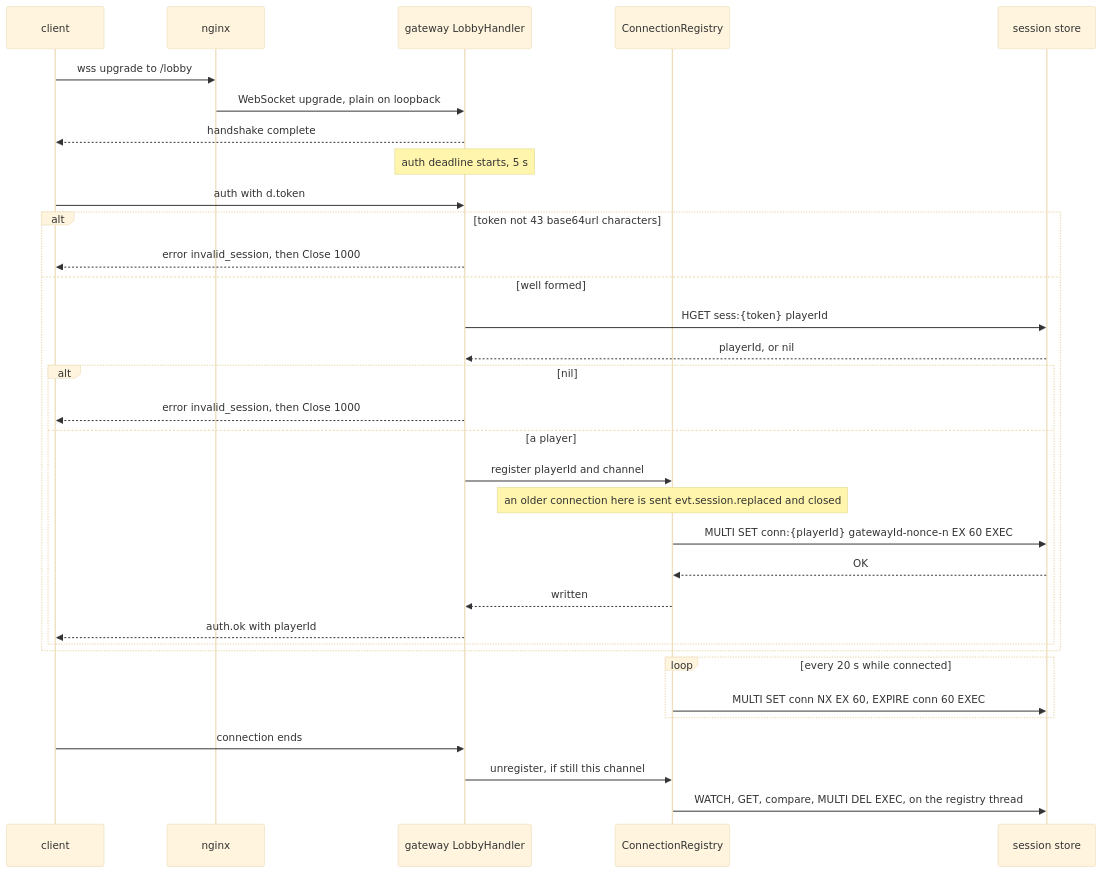
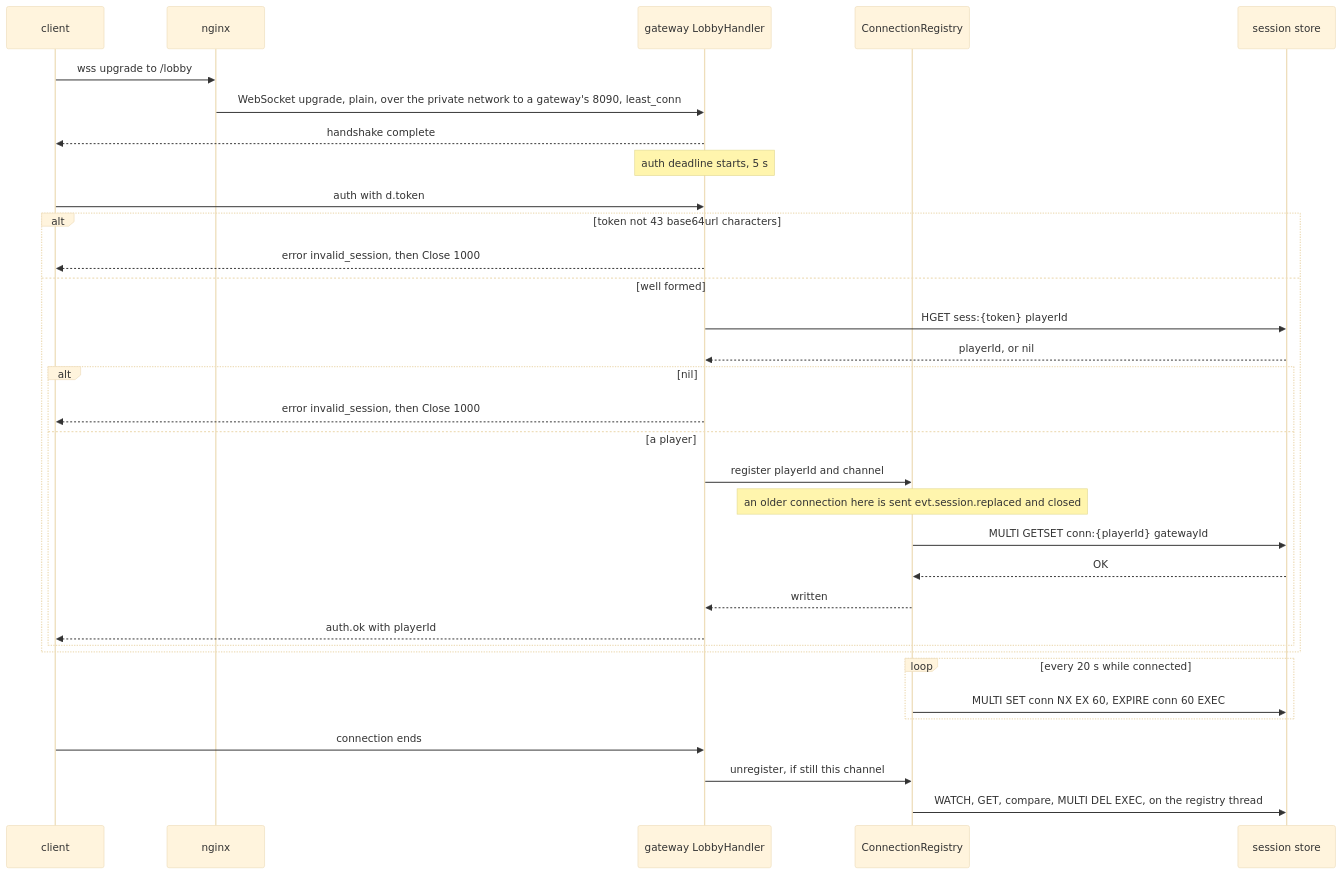
Before and after one commit to greensoft-atom/depio-simulation-platform: the first of 8 diagrams in docs/diagrams/03-lobby-and-store.md, drawn with Mermaid (base theme). The commit also changed other lines of this file and 64 other files, not shown here.

````diff
--- a/docs/diagrams/03-lobby-and-store.md
+++ b/docs/diagrams/03-lobby-and-store.md
@@ -16,35 +16,35 @@
 ```mermaid
 sequenceDiagram
     participant C as client
     participant N as nginx
     participant L as gateway LobbyHandler
     participant R as ConnectionRegistry
     participant S as session store
     C->>N: wss upgrade to /lobby
-    N->>L: WebSocket upgrade, plain on loopback
+    N->>L: WebSocket upgrade, plain, over the private network to a gateway's 8090, least_conn
     L-->>C: handshake complete
     Note over L: auth deadline starts, 5 s
     C->>L: auth with d.token
     alt token not 43 base64url characters
         L-->>C: error invalid_session, then Close 1000
     else well formed
         L->>S: HGET sess:{token} playerId
         S-->>L: playerId, or nil
         alt nil
             L-->>C: error invalid_session, then Close 1000
         else a player
             L->>R: register playerId and channel
             Note over R: an older connection here is sent evt.session.replaced and closed
-            R->>S: MULTI SET conn:{playerId} gatewayId-nonce-n EX 60 EXEC
+            R->>S: MULTI GETSET conn:{playerId} gatewayId#nonce-n, EXPIRE 60, EXEC
             S-->>R: OK
             R-->>L: written
             L-->>C: auth.ok with playerId
         end
     end
     loop every 20 s while connected
         R->>S: MULTI SET conn NX EX 60, EXPIRE conn 60 EXEC
     end
     C->>L: connection ends
     L->>R: unregister, if still this channel
     R->>S: WATCH, GET, compare, MULTI DEL EXEC, on the registry thread
 ```
````
